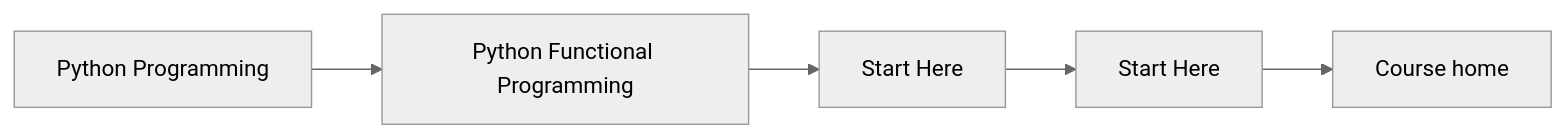
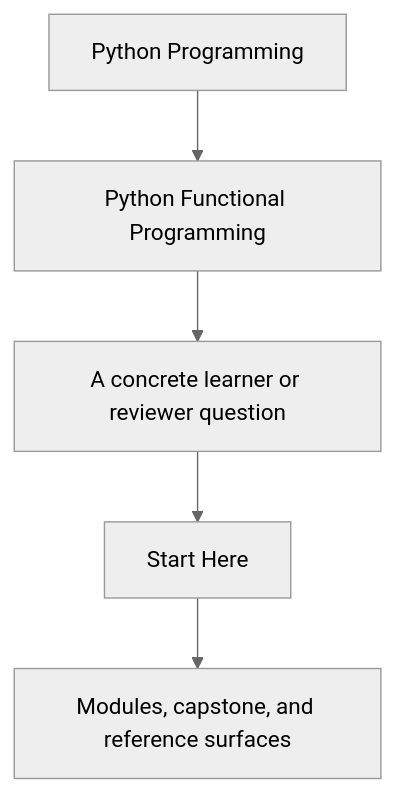
One commit to bijux/bijux-masterclass changed the first of 2 diagrams in programs/python-programming/python-functional-programming/course-book/guides/start-here.md. Above: the diagram before and after it, drawn with Mermaid (neutral theme). The commit also changed other lines of this file and 3 other files, not shown here.

Commit message:
docs(python-functional-programming): reframe course-book entry diagrams

````diff
--- a/programs/python-programming/python-functional-programming/course-book/guides/start-here.md
+++ b/programs/python-programming/python-functional-programming/course-book/guides/start-here.md
@@ -7,10 +7,7 @@
 ```mermaid
-graph LR
-  family["Python Programming"]
-  program["Python Functional Programming"]
-  section["Start Here"]
-  page["Start Here"]
-  home["Course home"]
-
-  family --> program --> section --> page --> home
+flowchart TD
+  family["Python Programming"] --> program["Python Functional Programming"]
+  program --> pressure["A concrete learner or reviewer question"]
+  pressure --> guide["Start Here"]
+  guide --> next["Modules, capstone, and reference surfaces"]
 ```
````
